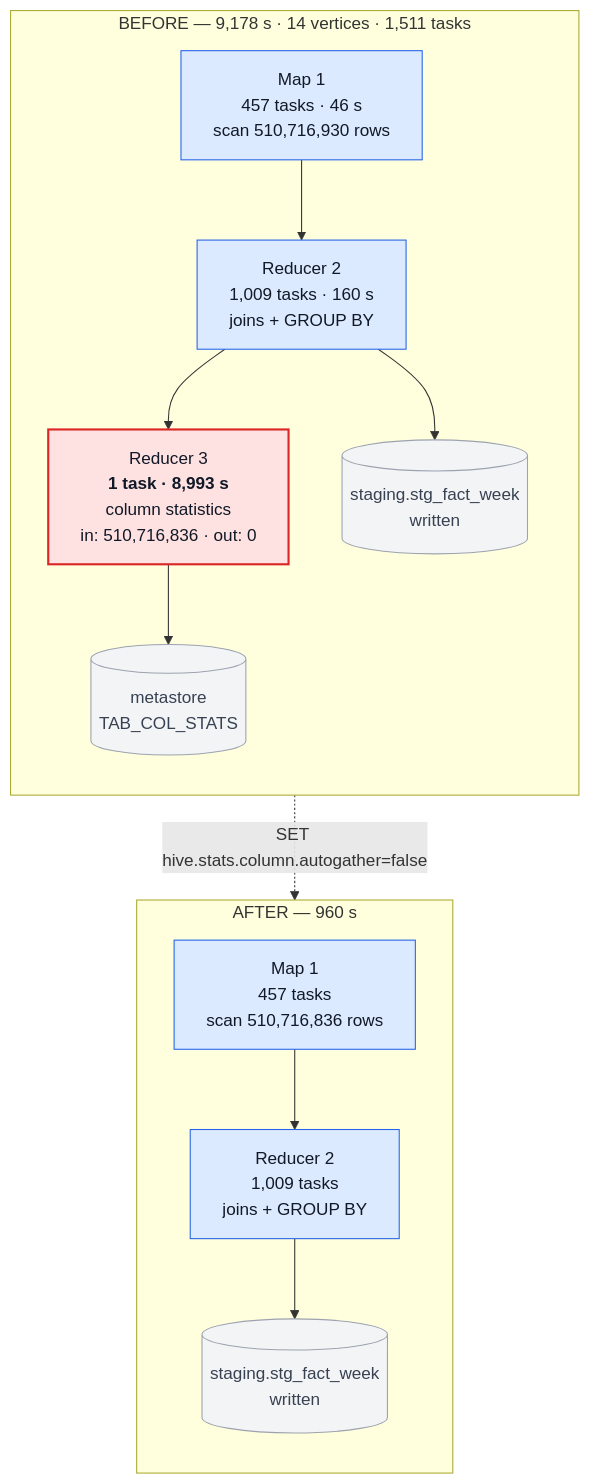
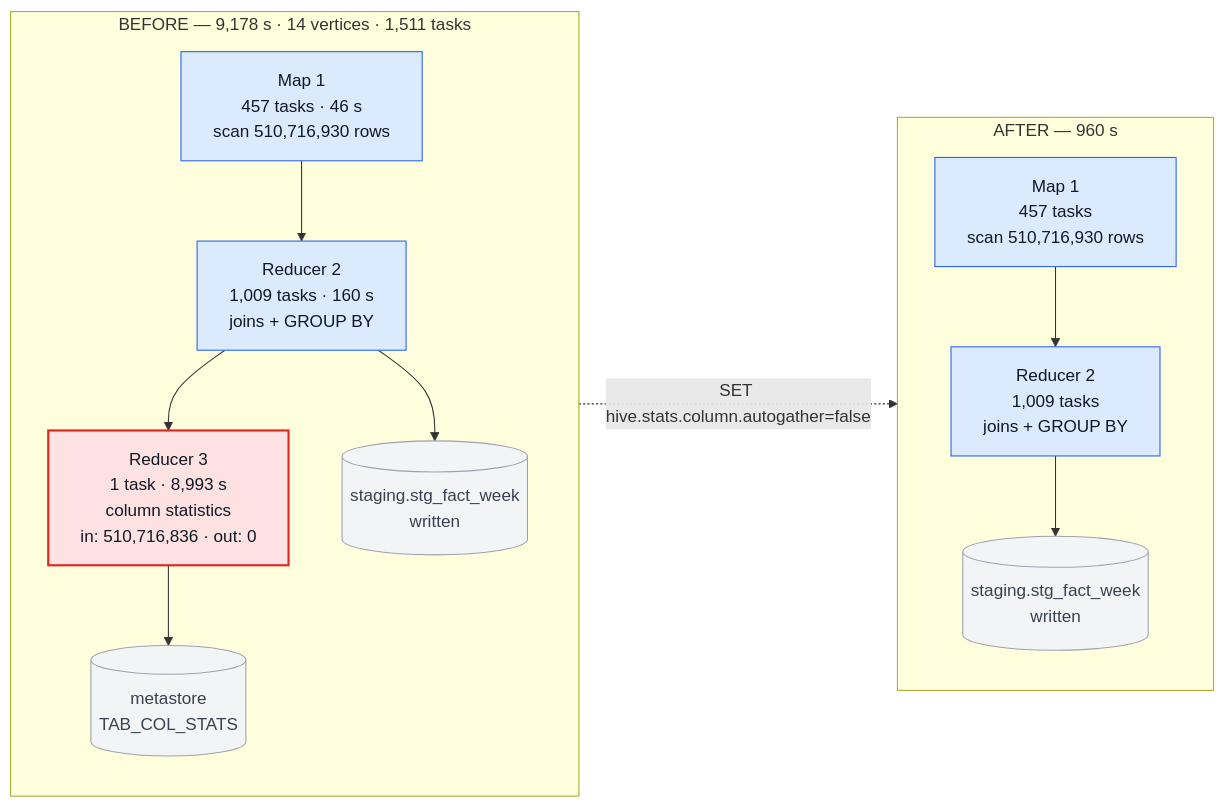
Before and after one commit to Gangothri2515/blog: the diagram in posts/001-work-that-cannot-be-parallelised/diagrams/dag-before-after.mmd, drawn with Mermaid. The commit also changed 13 other files, not shown here.

```diff
--- a/posts/001-work-that-cannot-be-parallelised/diagrams/dag-before-after.mmd
+++ b/posts/001-work-that-cannot-be-parallelised/diagrams/dag-before-after.mmd
@@ -1,29 +1,29 @@
-flowchart TB
+flowchart LR
     subgraph BEFORE["BEFORE — 9,178 s · 14 vertices · 1,511 tasks"]
         direction TB
         A["Map 1<br/>457 tasks · 46 s<br/>scan 510,716,930 rows"]
         B["Reducer 2<br/>1,009 tasks · 160 s<br/>joins + GROUP BY"]
-        C["Reducer 3<br/><b>1 task · 8,993 s</b><br/>column statistics<br/>in: 510,716,836 · out: 0"]
+        C["Reducer 3<br/>1 task · 8,993 s<br/>column statistics<br/>in: 510,716,836 · out: 0"]
         D[("staging.stg_fact_week<br/>written")]
         E[("metastore<br/>TAB_COL_STATS")]
         A --> B --> C
         B --> D
         C --> E
     end
 
     subgraph AFTER["AFTER — 960 s"]
         direction TB
-        A2["Map 1<br/>457 tasks<br/>scan 510,716,836 rows"]
+        A2["Map 1<br/>457 tasks<br/>scan 510,716,930 rows"]
         B2["Reducer 2<br/>1,009 tasks<br/>joins + GROUP BY"]
         D2[("staging.stg_fact_week<br/>written")]
         A2 --> B2 --> D2
     end
 
     BEFORE -. "SET hive.stats.column.autogather=false" .-> AFTER
 
     classDef bottleneck fill:#fee2e2,stroke:#dc2626,stroke-width:2px,color:#111827
     classDef work fill:#dbeafe,stroke:#2563eb,color:#111827
     classDef sink fill:#f3f4f6,stroke:#9ca3af,color:#374151
     class C bottleneck
     class A,B,A2,B2 work
     class D,E,D2 sink
```
